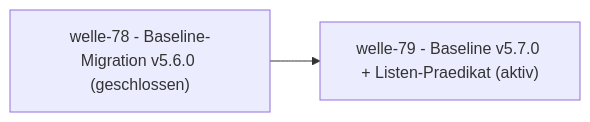
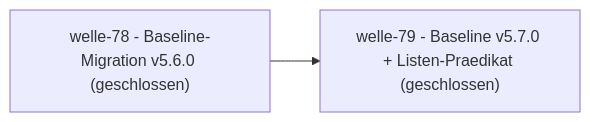
The diagram in docs/plan/planning/in-progress/roadmap.md (pt9912/d-check), drawn with Mermaid before and after one commit. The commit also changed other lines of this file and 2 other files, not shown here.

First line of the commit message:
docs(plan): welle-79 geschlossen — Zwei Hälften, ein Wächter, beide geliefert (slice-111)

````diff
--- a/docs/plan/planning/in-progress/roadmap.md
+++ b/docs/plan/planning/in-progress/roadmap.md
@@ -61,6 +58,6 @@
 ```mermaid
 flowchart LR
     W78["welle-78 - Baseline-Migration v5.6.0 (geschlossen)"]
-    W79["welle-79 - Baseline v5.7.0 + Listen-Praedikat (aktiv)"]
+    W79["welle-79 - Baseline v5.7.0 + Listen-Praedikat (geschlossen)"]
     W78 --> W79
 ```
````
